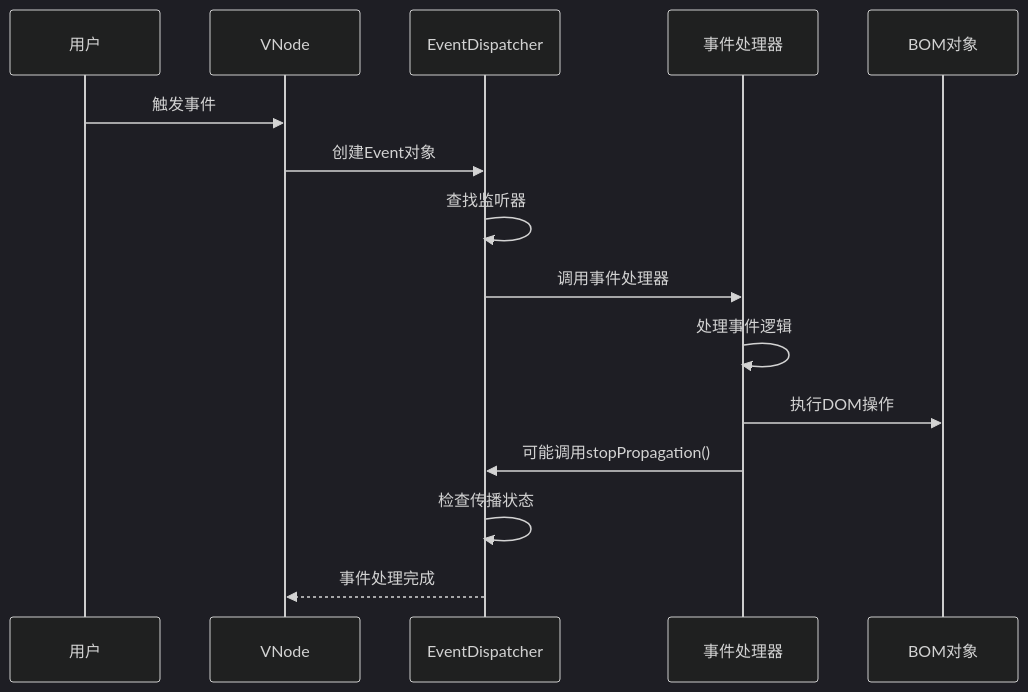
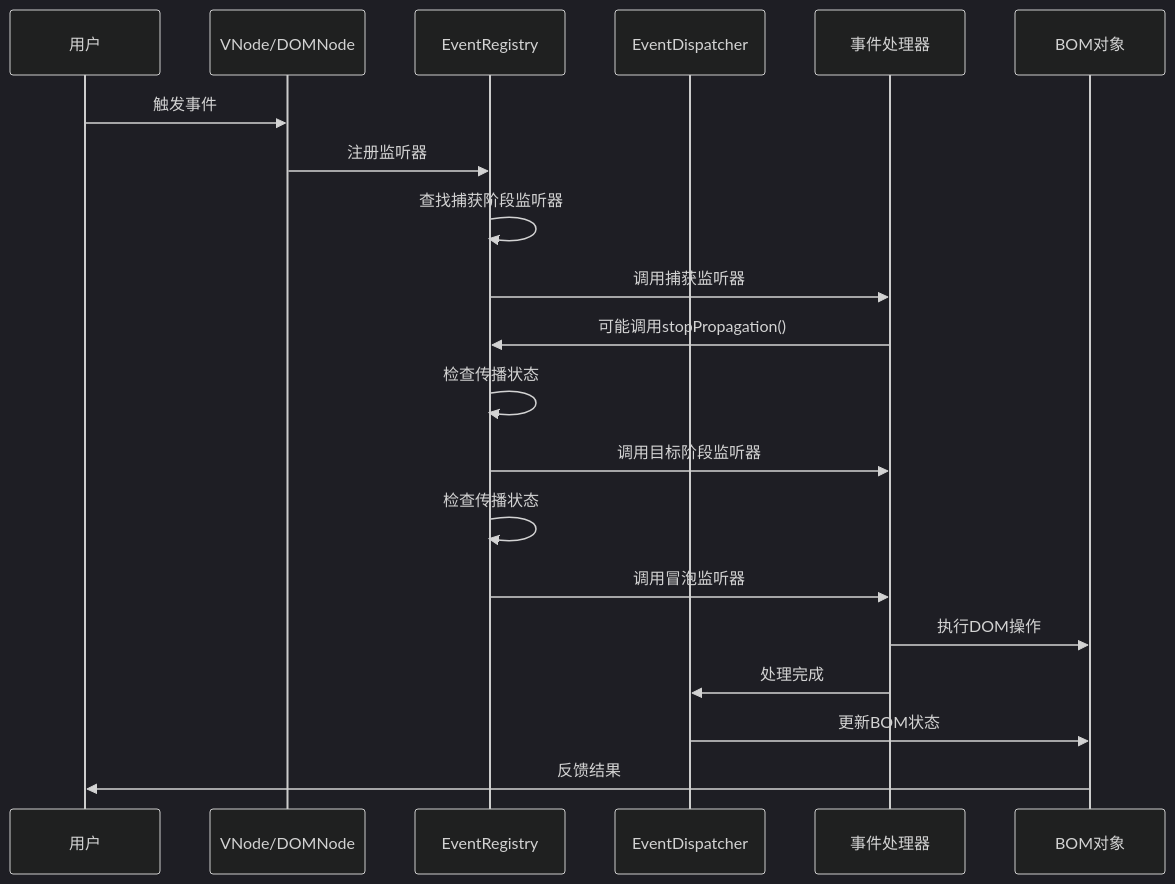
The eighth of 9 diagrams in .qoder/repowiki/zh/content/技术架构详解/跨端抽象层/iris-dom事件系统.md (itszzl-sudo/iris), drawn with Mermaid (dark theme) before and after one commit. The commit also changed other lines of this file and 8 other files, not shown here.

````diff
--- a/.qoder/repowiki/zh/content/技术架构详解/跨端抽象层/iris-dom事件系统.md
+++ b/.qoder/repowiki/zh/content/技术架构详解/跨端抽象层/iris-dom事件系统.md
@@ -339,17 +410,22 @@
 ```mermaid
 sequenceDiagram
 participant User as 用户
-participant DOM as VNode
+participant DOM as VNode/DOMNode
+participant Registry as EventRegistry
 participant Dispatcher as EventDispatcher
 participant Handler as 事件处理器
 participant BOM as BOM对象
 User->>DOM : 触发事件
-DOM->>Dispatcher : 创建Event对象
-Dispatcher->>Dispatcher : 查找监听器
-Dispatcher->>Handler : 调用事件处理器
-Handler->>Handler : 处理事件逻辑
+DOM->>Registry : 注册监听器
+Registry->>Registry : 查找捕获阶段监听器
+Registry->>Handler : 调用捕获监听器
+Handler->>Registry : 可能调用stopPropagation()
+Registry->>Registry : 检查传播状态
+Registry->>Handler : 调用目标阶段监听器
+Registry->>Registry : 检查传播状态
+Registry->>Handler : 调用冒泡监听器
 Handler->>BOM : 执行DOM操作
-Handler->>Dispatcher : 可能调用stopPropagation()
-Dispatcher->>Dispatcher : 检查传播状态
-Dispatcher-->>DOM : 事件处理完成
+Handler->>Dispatcher : 处理完成
+Dispatcher->>BOM : 更新BOM状态
+BOM->>User : 反馈结果
 ```
````
